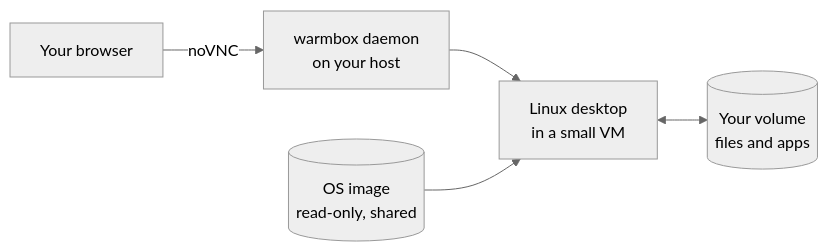
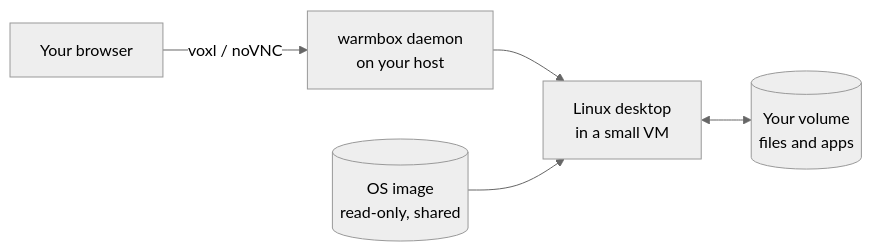
The diagram in README.md (Daviduche03/warmbox), drawn with Mermaid (neutral theme) before and after one commit. The commit also changed other lines of this file and 13 other files, not shown here.

````diff
--- a/README.md
+++ b/README.md
@@ -23,7 +23,7 @@
 ```mermaid
 flowchart LR
-    B["Your browser"] -->|noVNC| D["warmbox daemon<br/>on your host"]
+    B["Your browser"] -->|voxl / noVNC| D["warmbox daemon<br/>on your host"]
     D --> V["Linux desktop<br/>in a small VM"]
     I[("OS image<br/>read-only, shared")] --> V
     V <--> S[("Your volume<br/>files and apps")]
 ```
````
